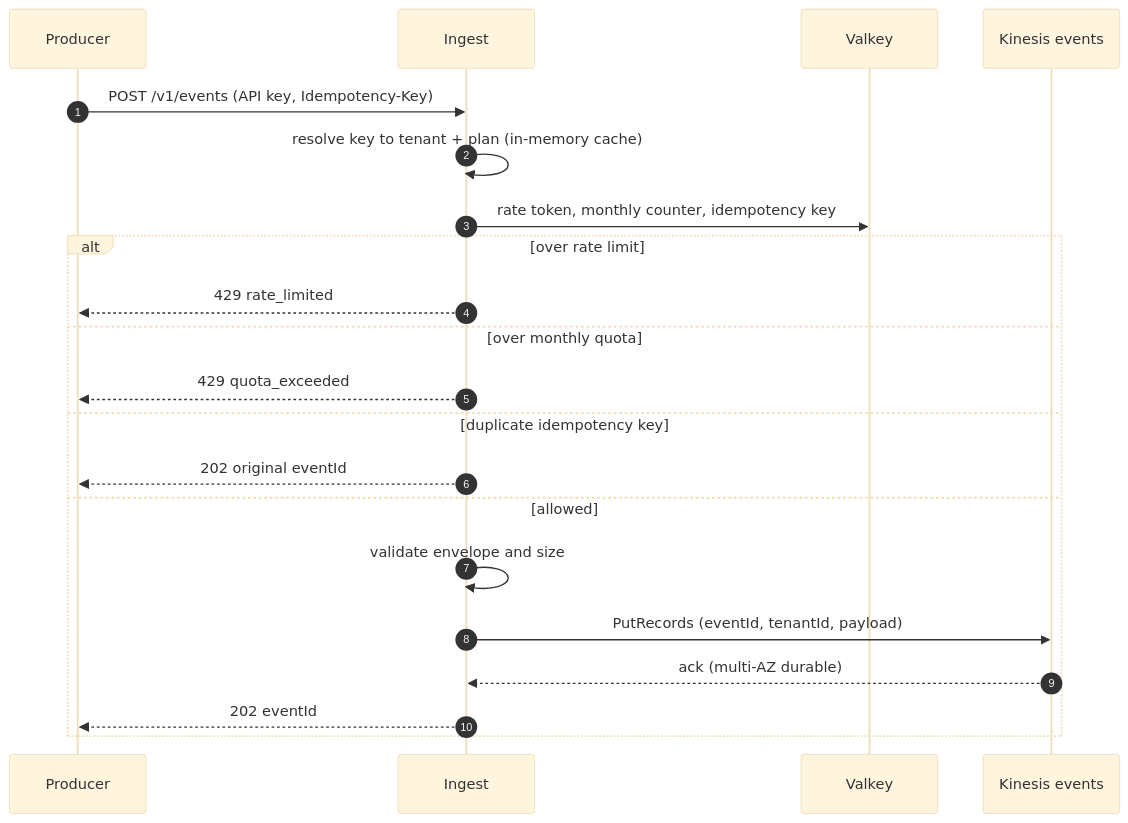
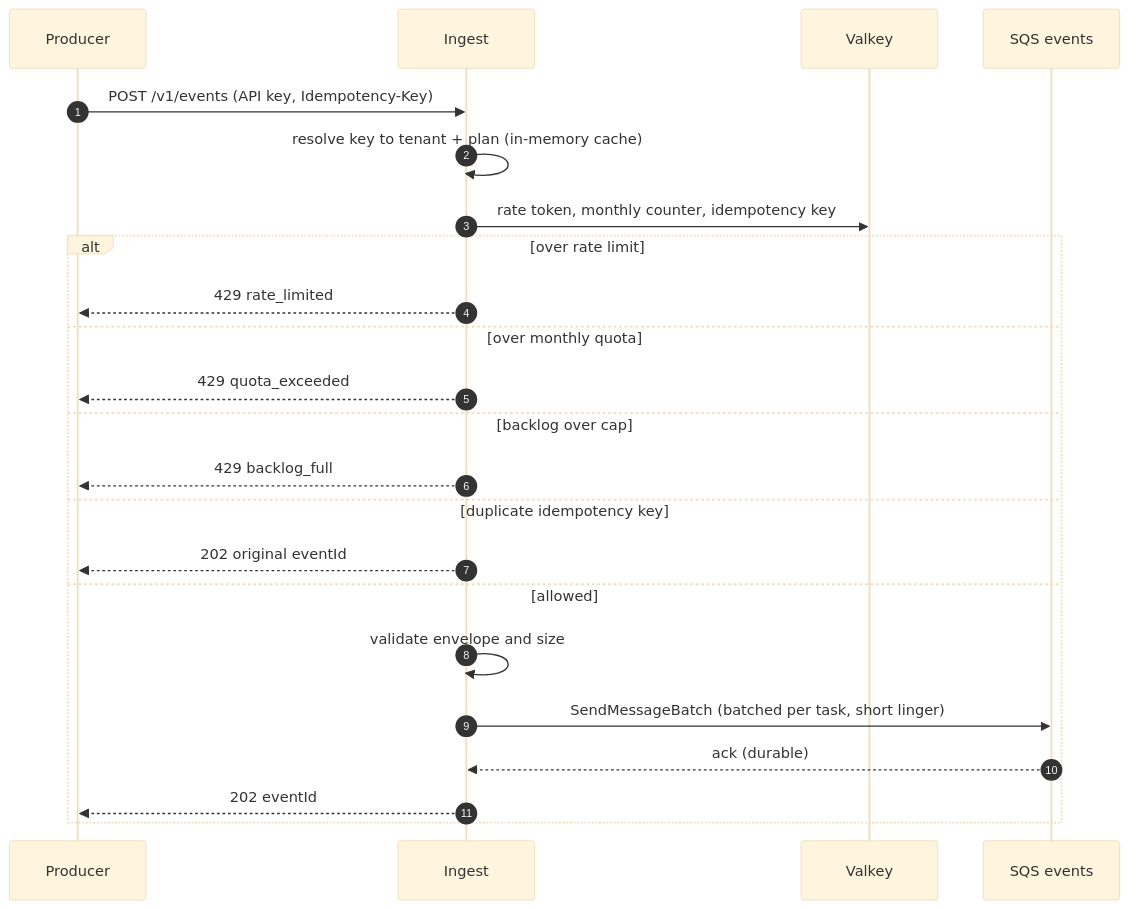
One commit to twobudgies/WebhookGateway changed the second of 7 diagrams in docs/architecture.md. Above: the diagram before and after it, drawn with Mermaid (base theme). The commit also changed other lines of this file and 6 other files, not shown here.

Commit message:
docs: architecture v4 - cost-first Stage 1 on SQS (no Kinesis), cost model

````diff
--- a/docs/architecture.md
+++ b/docs/architecture.md
@@ -84,23 +86,25 @@
 ```mermaid
 sequenceDiagram
   autonumber
   participant P as Producer
   participant I as Ingest
   participant V as Valkey
-  participant K as Kinesis events
+  participant Q as SQS events
   P->>I: POST /v1/events (API key, Idempotency-Key)
   I->>I: resolve key to tenant + plan (in-memory cache)
   I->>V: rate token, monthly counter, idempotency key
   alt over rate limit
     I-->>P: 429 rate_limited
   else over monthly quota
     I-->>P: 429 quota_exceeded
+  else backlog over cap
+    I-->>P: 429 backlog_full
   else duplicate idempotency key
     I-->>P: 202 original eventId
   else allowed
     I->>I: validate envelope and size
-    I->>K: PutRecords (eventId, tenantId, payload)
-    K-->>I: ack (multi-AZ durable)
+    I->>Q: SendMessageBatch (batched per task, short linger)
+    Q-->>I: ack (durable)
     I-->>P: 202 eventId
   end
 ```
````
